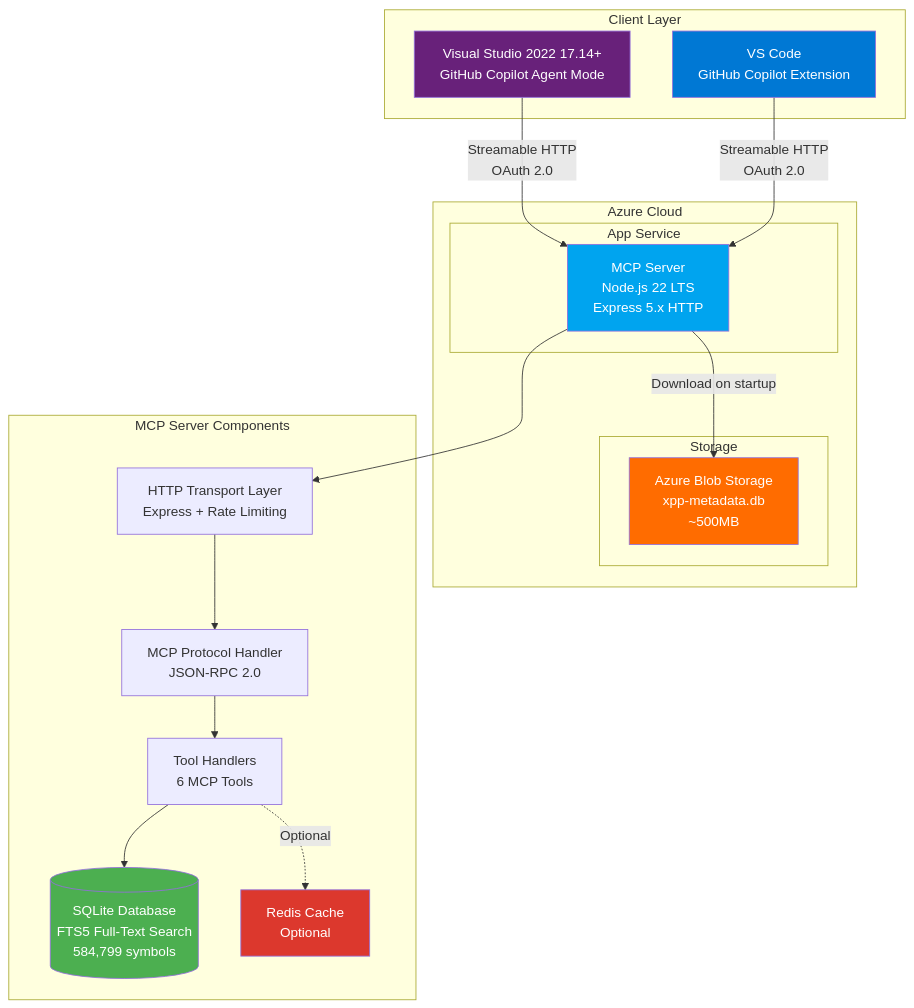
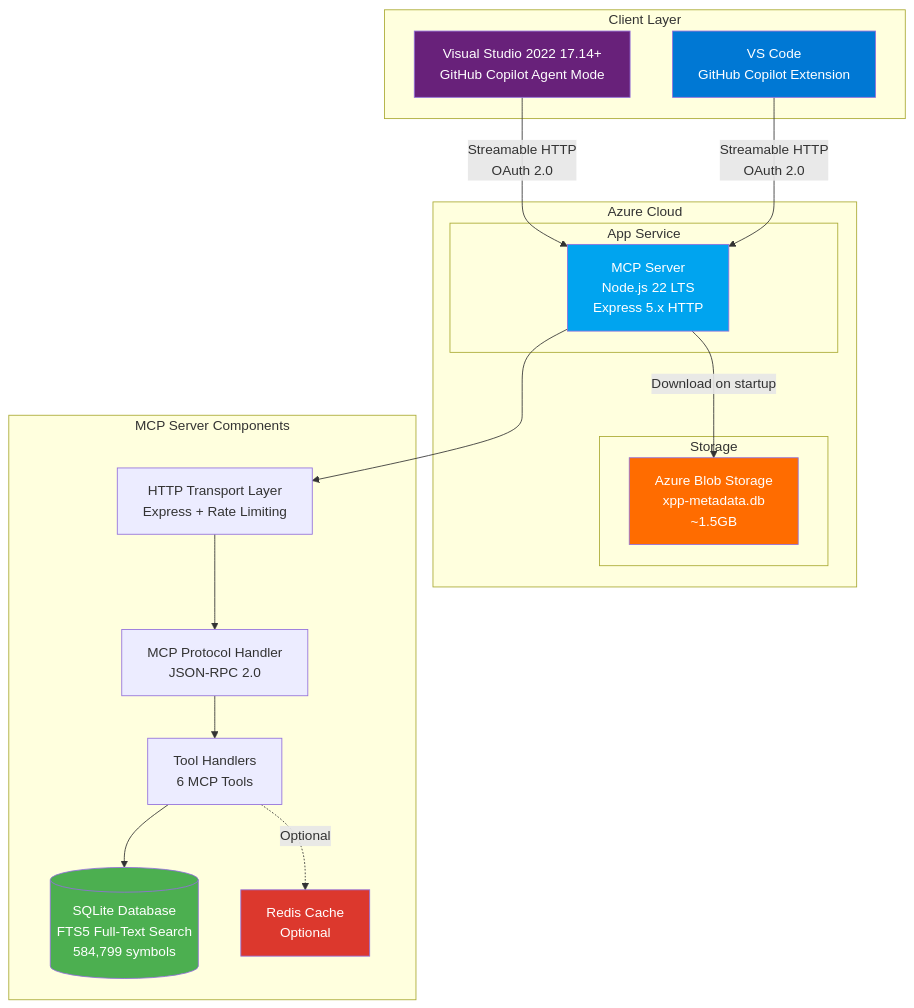
The first of 16 diagrams in docs/ARCHITECTURE.md (dynamics365ninja/d365fo-mcp-server), drawn with Mermaid before and after one commit. The commit also changed other lines of this file and 11 other files, not shown here.

````diff
--- a/docs/ARCHITECTURE.md
+++ b/docs/ARCHITECTURE.md
@@ -18,41 +18,41 @@
 ```mermaid
 graph TB
     subgraph "Client Layer"
         VS[Visual Studio 2022 17.14+<br/>GitHub Copilot Agent Mode]
         VSCODE[VS Code<br/>GitHub Copilot Extension]
     end
 
     subgraph "Azure Cloud"
         subgraph "App Service"
             MCP[MCP Server<br/>Node.js 22 LTS<br/>Express 5.x HTTP]
         end
         
         subgraph "Storage"
-            BLOB[Azure Blob Storage<br/>xpp-metadata.db<br/>~500MB]
+            BLOB[Azure Blob Storage<br/>xpp-metadata.db<br/>~1.5GB]
         end
     end
 
     subgraph "MCP Server Components"
         HTTP[HTTP Transport Layer<br/>Express + Rate Limiting]
         PROTO[MCP Protocol Handler<br/>JSON-RPC 2.0]
         TOOLS[Tool Handlers<br/>6 MCP Tools]
         DB[(SQLite Database<br/>FTS5 Full-Text Search<br/>584,799 symbols)]
         CACHE[Redis Cache<br/>Optional]
     end
 
     VS -->|"Streamable HTTP<br/>OAuth 2.0"| MCP
     VSCODE -->|"Streamable HTTP<br/>OAuth 2.0"| MCP
     MCP -->|"Download on startup"| BLOB
     MCP --> HTTP
     HTTP --> PROTO
     PROTO --> TOOLS
     TOOLS --> DB
     TOOLS -.->|"Optional"| CACHE
     
     style VS fill:#68217A,color:#fff
     style VSCODE fill:#0078D4,color:#fff
     style MCP fill:#00A4EF,color:#fff
     style BLOB fill:#FF6C00,color:#fff
     style DB fill:#4CAF50,color:#fff
     style CACHE fill:#DC382D,color:#fff
 ```
````
